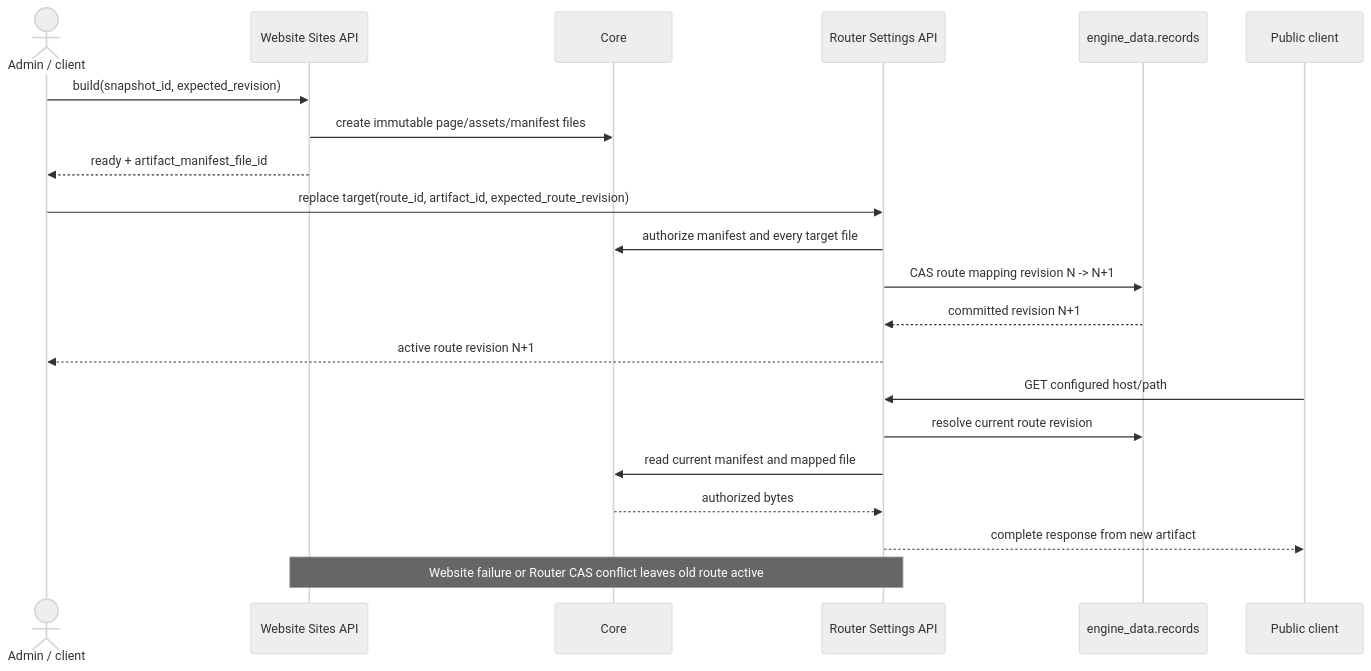
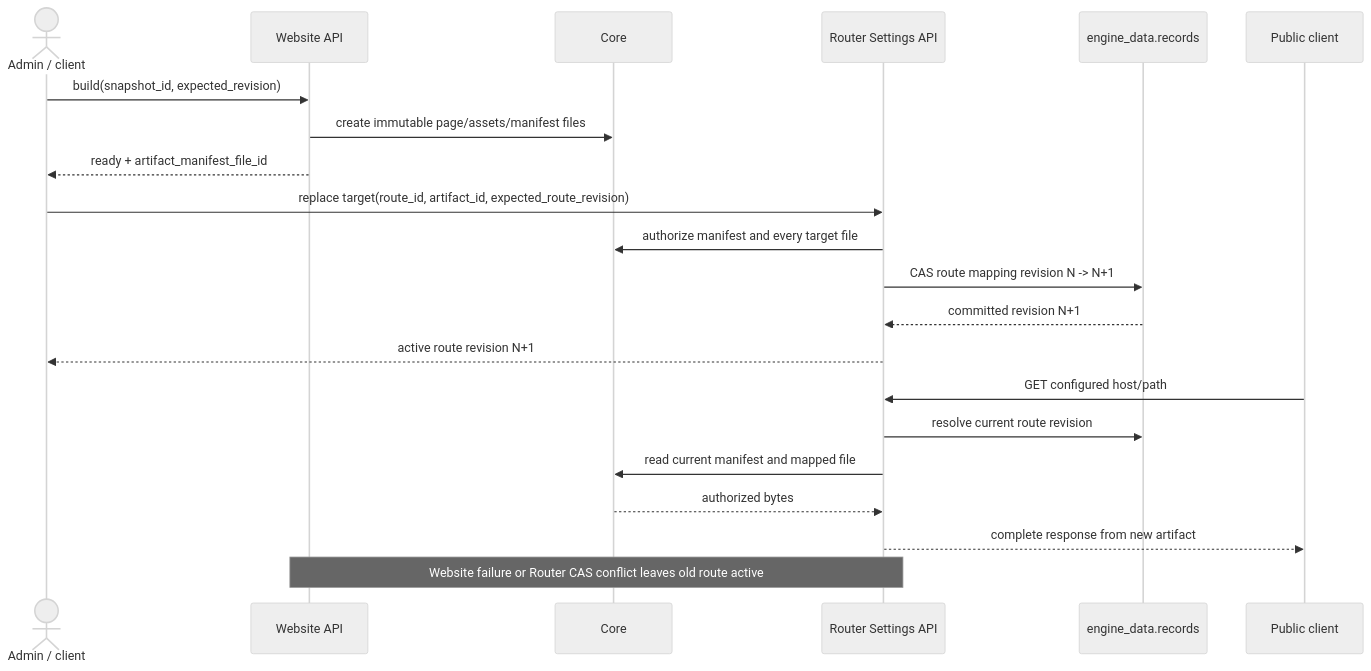
Before and after one commit to Zubrium/cdn: the second of 2 diagrams in spec/engines/router/SPEC-router-engine.md, drawn with Mermaid (neutral theme). The commit also changed other lines of this file and 91 other files, not shown here.

````diff
--- a/spec/engines/router/SPEC-router-engine.md
+++ b/spec/engines/router/SPEC-router-engine.md
@@ -169,25 +169,25 @@
 ```mermaid
 sequenceDiagram
     actor A as Admin / client
-    participant W as Website Sites API
+    participant W as Website API
     participant C as Core
     participant R as Router Settings API
     participant D as engine_data.records
     participant P as Public client
 
     A->>W: build(snapshot_id, expected_revision)
     W->>C: create immutable page/assets/manifest files
     W-->>A: ready + artifact_manifest_file_id
     A->>R: replace target(route_id, artifact_id, expected_route_revision)
     R->>C: authorize manifest and every target file
     R->>D: CAS route mapping revision N -> N+1
     D-->>R: committed revision N+1
     R-->>A: active route revision N+1
     P->>R: GET configured host/path
     R->>D: resolve current route revision
     R->>C: read current manifest and mapped file
     C-->>R: authorized bytes
     R-->>P: complete response from new artifact
 
     Note over W,R: Website failure or Router CAS conflict leaves old route active
 ```
````
